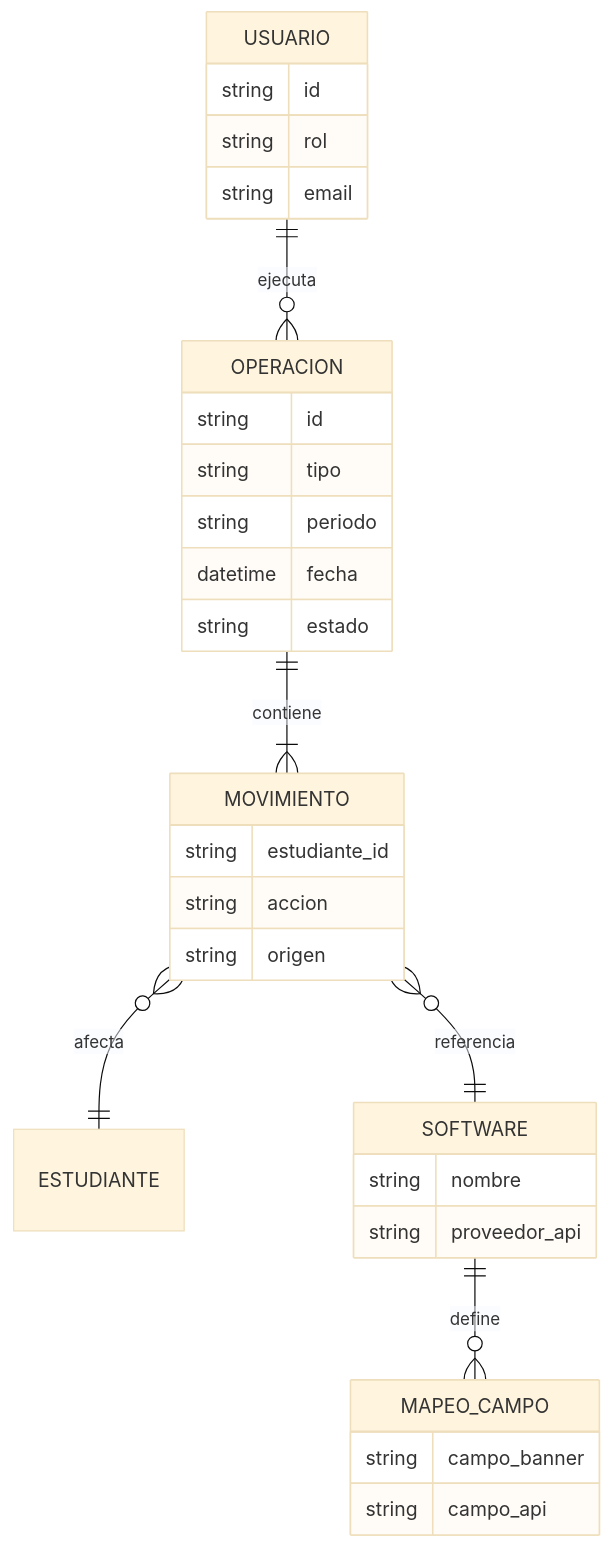
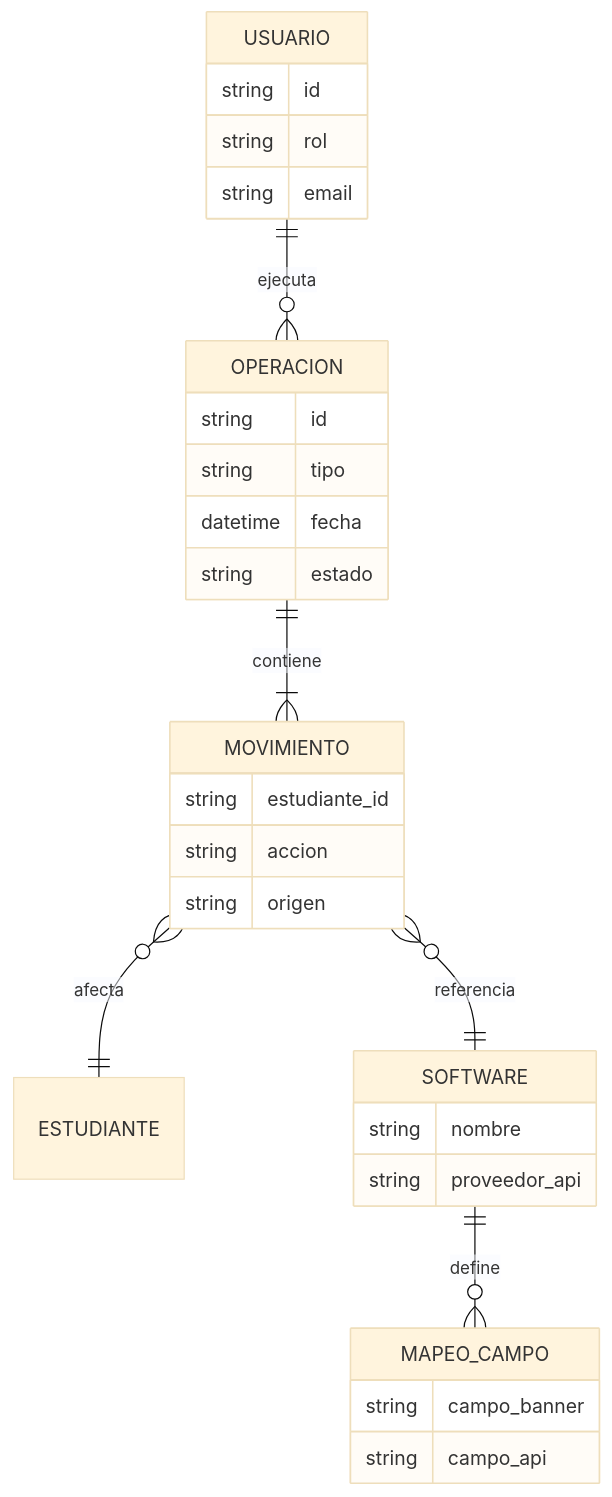
Before and after one commit to miguelgr716playful/AutomatizacionLicencias: the fifth of 5 diagrams in docs/ARQUITECTURA.md, drawn with Mermaid (base theme). The commit also changed other lines of this file and 13 other files, not shown here.

````diff
--- a/docs/ARQUITECTURA.md
+++ b/docs/ARQUITECTURA.md
@@ -277,34 +277,33 @@
 ```mermaid
 erDiagram
     USUARIO ||--o{ OPERACION : ejecuta
     OPERACION ||--|{ MOVIMIENTO : contiene
     MOVIMIENTO }o--|| ESTUDIANTE : afecta
     MOVIMIENTO }o--|| SOFTWARE : referencia
     SOFTWARE ||--o{ MAPEO_CAMPO : define
 
     USUARIO {
         string id
         string rol
         string email
     }
     OPERACION {
         string id
         string tipo
-        string periodo
         datetime fecha
         string estado
     }
     MOVIMIENTO {
         string estudiante_id
         string accion
         string origen
     }
     SOFTWARE {
         string nombre
         string proveedor_api
     }
     MAPEO_CAMPO {
         string campo_banner
         string campo_api
     }
 ```
````
